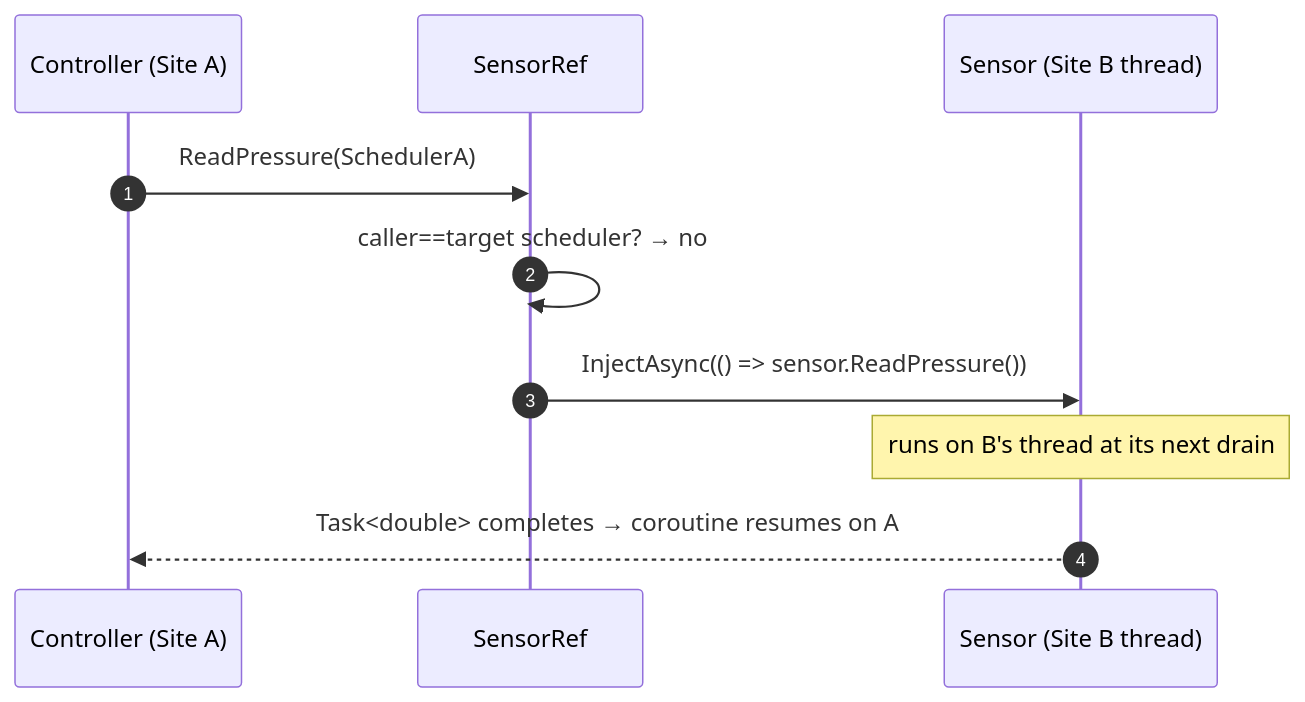
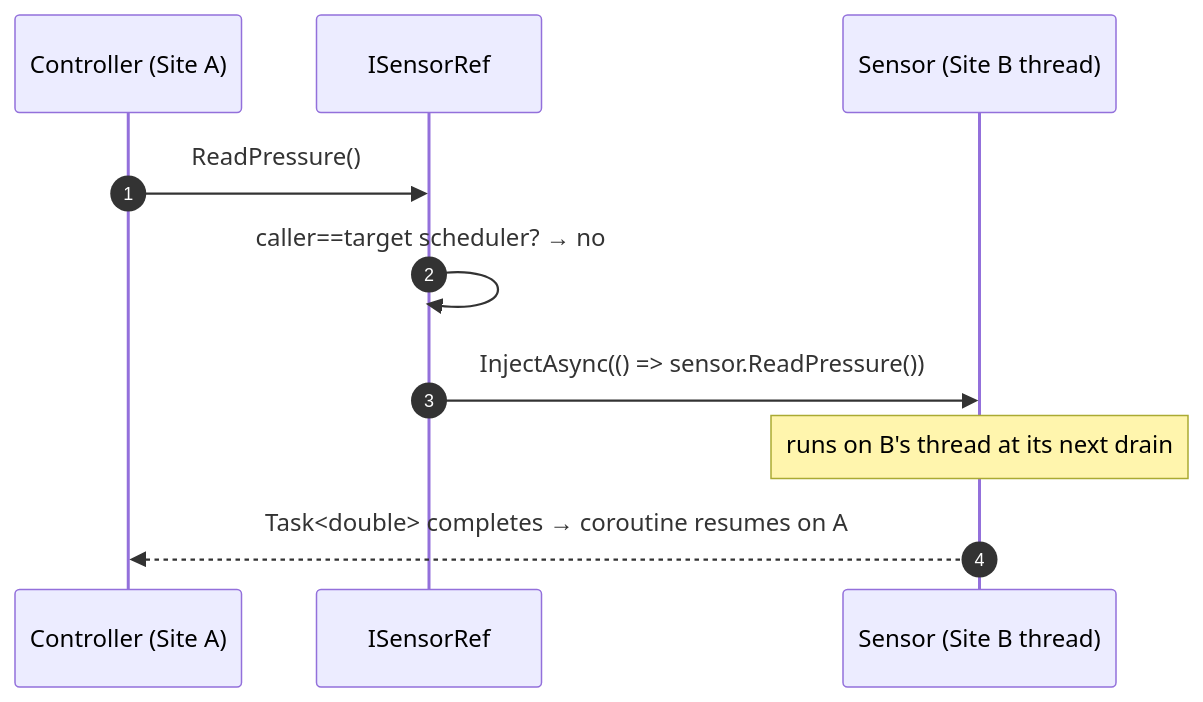
The third of 6 diagrams in public/content/interaction-patterns.md (SimulaSharp-org/simulasharp-docs), drawn with Mermaid before and after one commit. The commit also changed other lines of this file and 13 other files, not shown here.

````diff
--- a/public/content/interaction-patterns.md
+++ b/public/content/interaction-patterns.md
@@ -96,12 +96,12 @@
 ```mermaid
 sequenceDiagram
   autonumber
   participant C as Controller (Site A)
-  participant Ref as SensorRef
+  participant Ref as ISensorRef
   participant S as Sensor (Site B thread)
-  C->>Ref: ReadPressure(SchedulerA)
+  C->>Ref: ReadPressure()
   Ref->>Ref: caller==target scheduler? → no
   Ref->>S: InjectAsync(() => sensor.ReadPressure())
   Note over S: runs on B's thread at its next drain
   S-->>C: Task<double> completes → coroutine resumes on A
 ```
````
